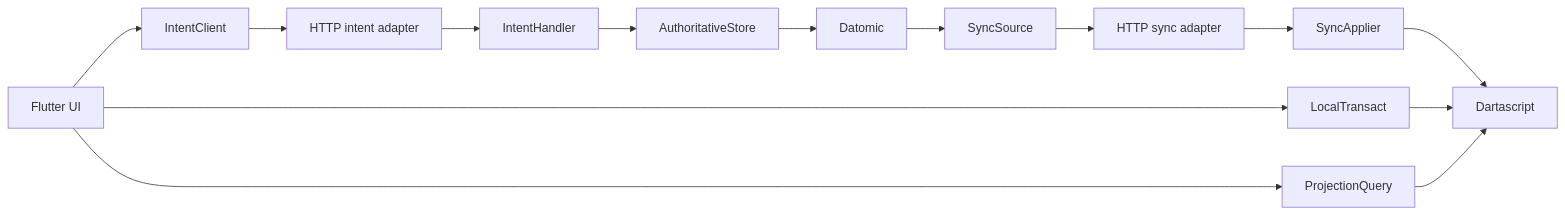
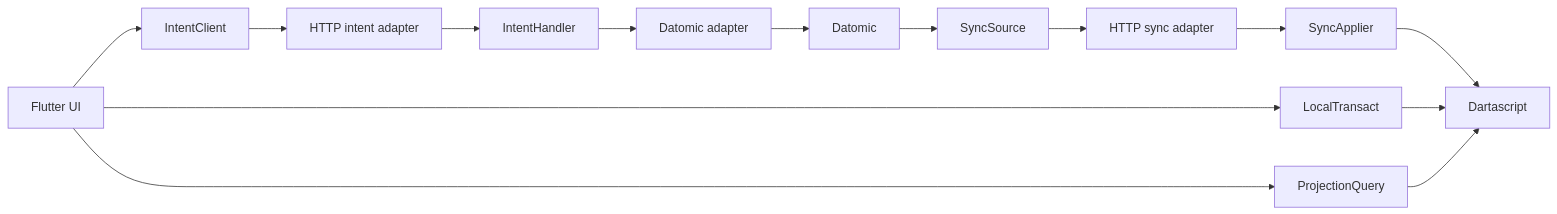
One commit to JaceRockman/SMERFBeta changed the second of 2 diagrams in plans/MVP Rebuild/MVP_REBUILD_PLAN.md. Above: the diagram before and after it, drawn with Mermaid. The commit also changed other lines of this file and 20 other files, not shown here.

````diff
--- a/plans/MVP Rebuild/MVP_REBUILD_PLAN.md
+++ b/plans/MVP Rebuild/MVP_REBUILD_PLAN.md
@@ -73,16 +71,16 @@
 ```mermaid
 flowchart LR
   UI["Flutter UI"] --> IntentClient
   IntentClient --> HttpIntentAdapter["HTTP intent adapter"]
   HttpIntentAdapter --> IntentHandler
-  IntentHandler --> AuthoritativeStore
-  AuthoritativeStore --> Datomic
+  IntentHandler --> DatomicAdapter["Datomic adapter"]
+  DatomicAdapter --> Datomic
   Datomic --> SyncSource
   SyncSource --> HttpSyncAdapter["HTTP sync adapter"]
   HttpSyncAdapter --> SyncApplier
   SyncApplier --> Dartascript
   UI --> LocalTransact
   LocalTransact --> Dartascript
   UI --> ProjectionQuery
   ProjectionQuery --> Dartascript
 ```
````
